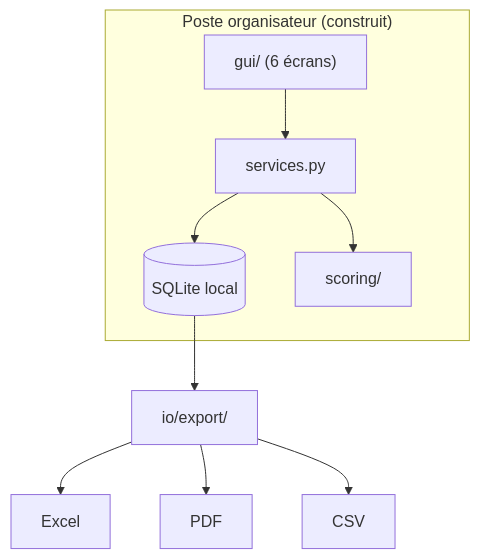
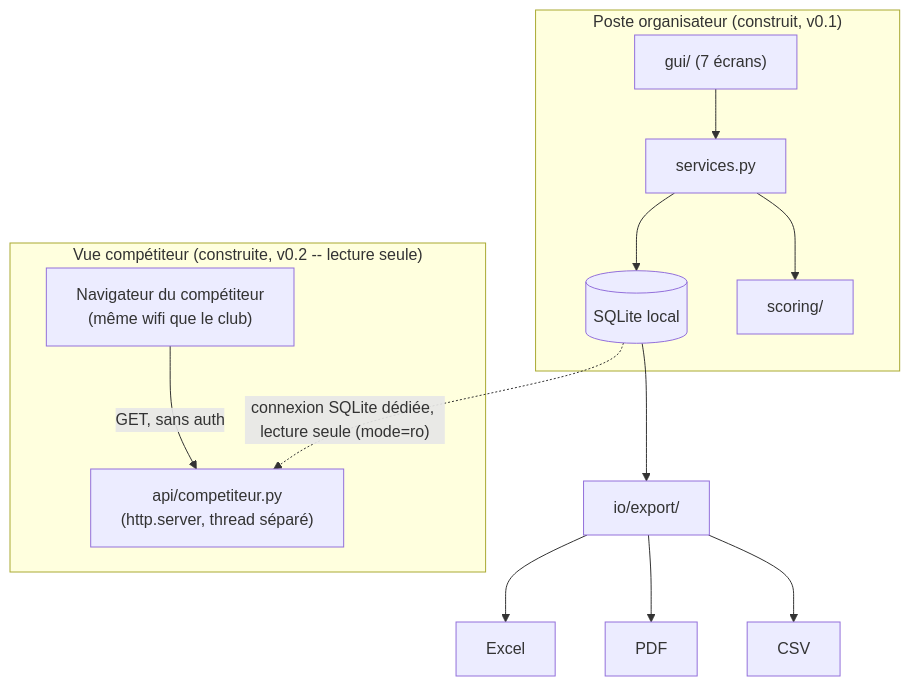
One commit to MrFanghoDev/fletchscore changed the diagram in docs/cahier-des-charges/architecture.rst. Above: the diagram before and after it, drawn with Mermaid. The commit also changed other lines of this file and 9 other files, not shown here.

Commit message:
feat: v0.2 -- vue compétiteur en lecture seule (serveur web, GUI, doc)

```diff
--- a/docs/cahier-des-charges/architecture.rst
+++ b/docs/cahier-des-charges/architecture.rst
@@ -55,17 +55,25 @@
 .. mermaid::
 
    flowchart TB
-       subgraph "Poste organisateur (construit)"
-           GUI["gui/ (6 écrans)"]
+       subgraph "Poste organisateur (construit, v0.1)"
+           GUI["gui/ (7 écrans)"]
            SERVICES[services.py]
            DB[(SQLite local)]
            SCORING[scoring/]
            GUI --> SERVICES
            SERVICES --> SCORING
            SERVICES --> DB
        end
 
        DB --> EXPORT["io/export/"]
        EXPORT --> XLSX[Excel]
        EXPORT --> PDF[PDF]
        EXPORT --> CSV[CSV]
+
+       subgraph "Vue compétiteur (construite, v0.2 -- lecture seule)"
+           WEB["api/competiteur.py\n(http.server, thread séparé)"]
+           NAVIGATEUR["Navigateur du compétiteur\n(même wifi que le club)"]
+           NAVIGATEUR -->|GET, sans auth| WEB
+       end
+
+       DB -.connexion SQLite dédiée, lecture seule (mode=ro).-> WEB
```
